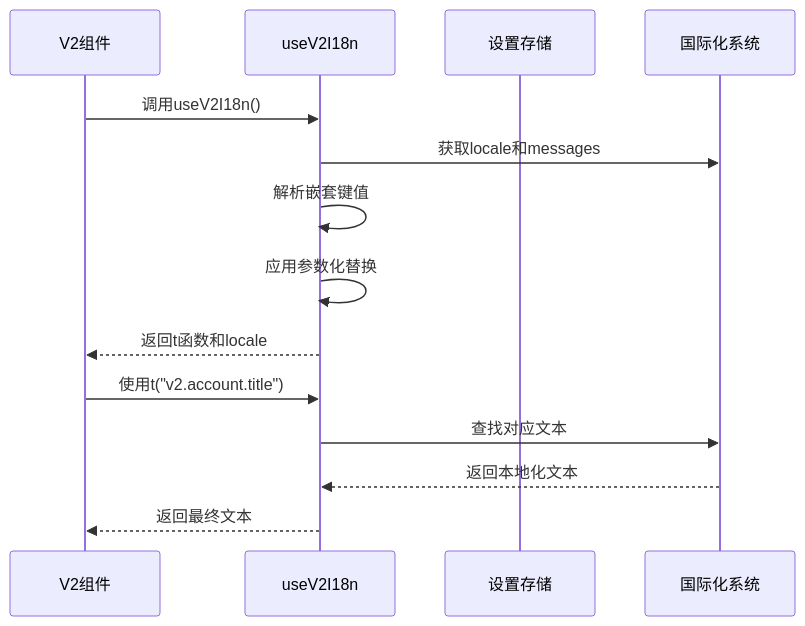
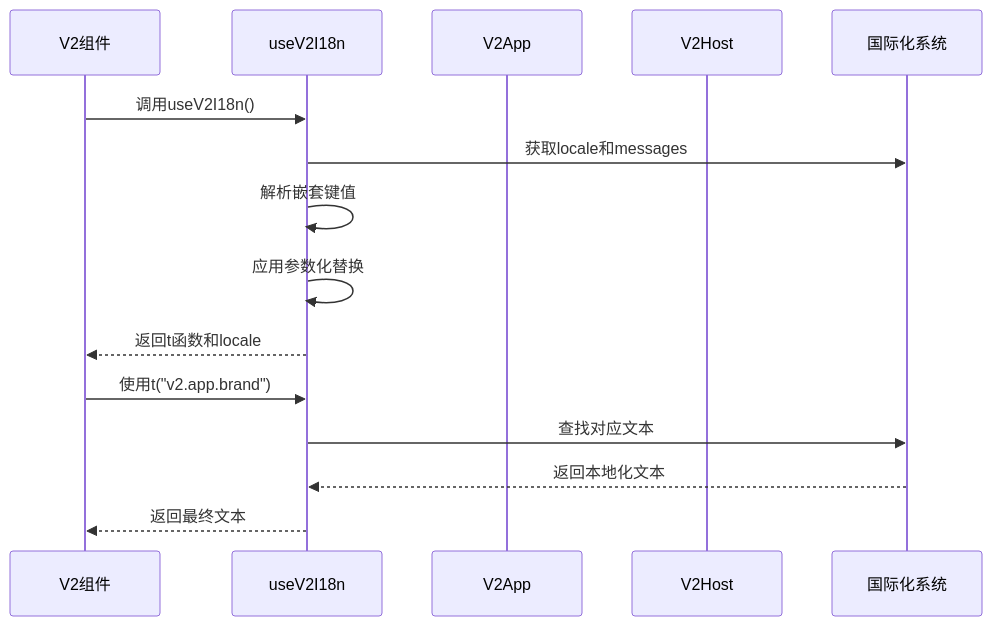
One commit to terwer/siyuan-plugin-publisher changed the seventh of 9 diagrams in .qoder/repowiki/zh/content/核心架构/组件架构设计/Composition API设计模式/V2 国际化组合式函数.md. Above: the diagram before and after it, drawn with Mermaid. The commit also changed other lines of this file and 6 other files, not shown here.

First line of the commit message:
docs(architecture): clarify and split workspace shell component responsibilities

````diff
--- a/.qoder/repowiki/zh/content/核心架构/组件架构设计/Composition API设计模式/V2 国际化组合式函数.md
+++ b/.qoder/repowiki/zh/content/核心架构/组件架构设计/Composition API设计模式/V2 国际化组合式函数.md
@@ -267,16 +280,17 @@
 ```mermaid
 sequenceDiagram
 participant Comp as V2组件
 participant Hook as useV2I18n
-participant Store as 设置存储
+participant App as V2App
+participant Host as V2Host
 participant I18n as 国际化系统
 Comp->>Hook : 调用useV2I18n()
 Hook->>I18n : 获取locale和messages
 Hook->>Hook : 解析嵌套键值
 Hook->>Hook : 应用参数化替换
 Hook-->>Comp : 返回t函数和locale
-Comp->>Hook : 使用t("v2.account.title")
+Comp->>Hook : 使用t("v2.app.brand")
 Hook->>I18n : 查找对应文本
 I18n-->>Hook : 返回本地化文本
 Hook-->>Comp : 返回最终文本
 ```
````
